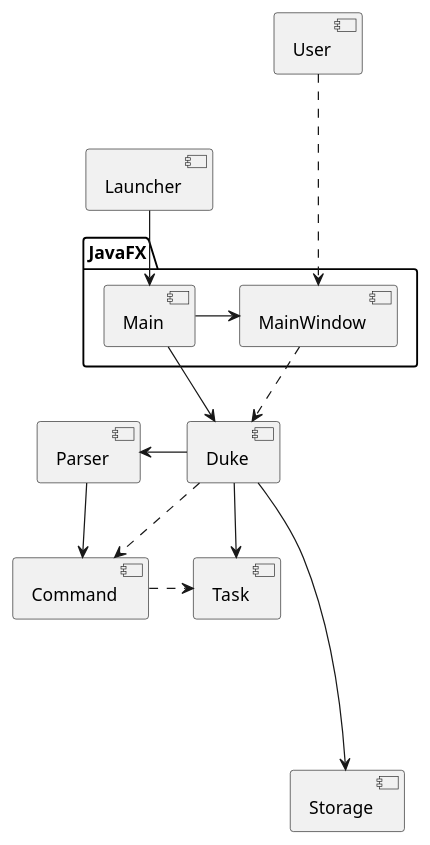
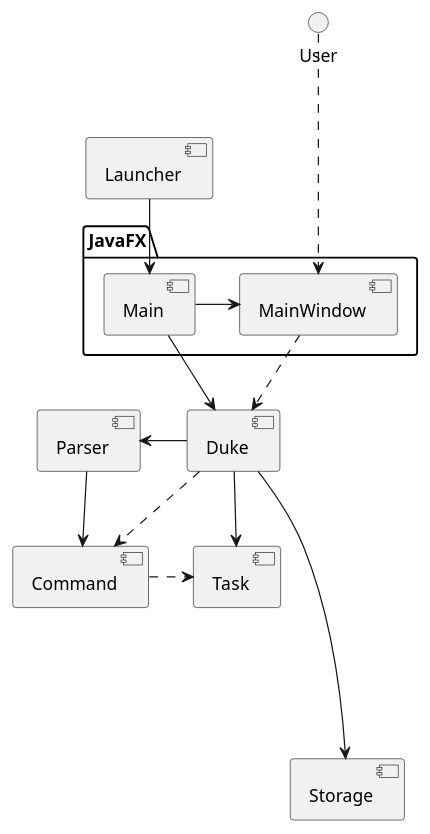
The diagram in docs/diagrams/ArchitectureDiagram.puml (nus-tic4002-AY2122s2/ip), drawn with PlantUML before and after one commit.

Commit message:
Use different diagram for User

```diff
--- a/docs/diagrams/ArchitectureDiagram.puml
+++ b/docs/diagrams/ArchitectureDiagram.puml
@@ -1,17 +1,17 @@
 @startuml
 package "JavaFX" {
     [Main]
     [MainWindow]
 }
 [Launcher] -down-> [Main]
 [Main] -> [MainWindow]
 [Main] -down-> [Duke]
-[User] .down..> [MainWindow]
+() "User" .down..> [MainWindow]
 [MainWindow] .> [Duke]
 [Duke] -down-> [Task]
 [Duke] ----> [Storage]
 [Duke] -left-> [Parser]
 [Parser] -down-> [Command]
 [Duke] .down.> [Command]
 [Command] .> [Task]
 @enduml
```
